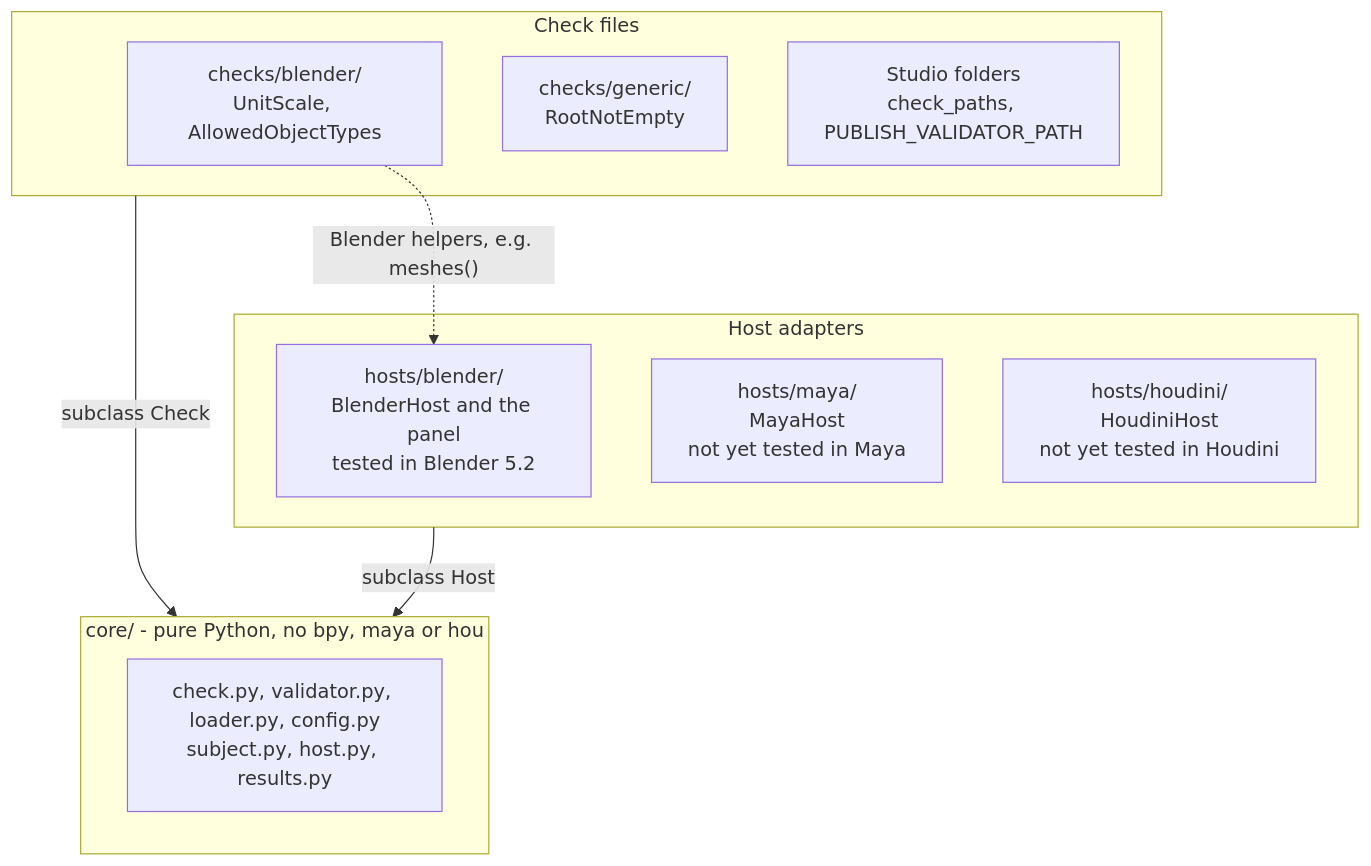
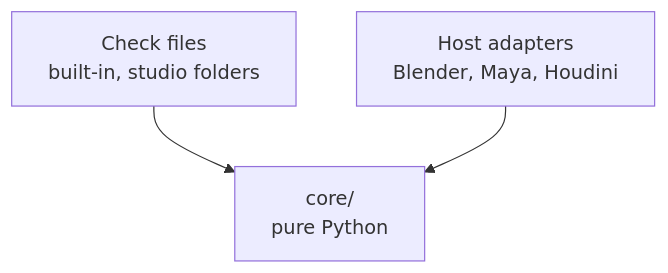
The second of 2 diagrams in docs/architecture.md (jmleventhorpe/publish-validator), drawn with Mermaid before and after one commit. The commit also changed other lines of this file and 15 other files, not shown here.

````diff
--- a/docs/architecture.md
+++ b/docs/architecture.md
@@ -82,22 +32,5 @@
 ```mermaid
 flowchart TB
-    subgraph checks["Check files"]
-        blenderChecks["checks/blender/<br/>UnitScale, AllowedObjectTypes"]
-        genericChecks["checks/generic/<br/>RootNotEmpty"]
-        studioChecks["Studio folders<br/>check_paths, PUBLISH_VALIDATOR_PATH"]
-    end
-
-    subgraph core["core/ - pure Python, no bpy, maya or hou"]
-        coreFiles["check.py, validator.py, loader.py, config.py<br/>subject.py, host.py, results.py"]
-    end
-
-    subgraph hosts["Host adapters"]
-        blenderHost["hosts/blender/<br/>BlenderHost and the panel<br/>tested in Blender 5.2"]
-        mayaHost["hosts/maya/<br/>MayaHost<br/>not yet tested in Maya"]
-        houdiniHost["hosts/houdini/<br/>HoudiniHost<br/>not yet tested in Houdini"]
-    end
-
-    checks -- "subclass Check" --> core
-    hosts -- "subclass Host" --> core
-    blenderChecks -. "Blender helpers, e.g. meshes()" .-> blenderHost
+    checks["Check files<br/>built-in, studio folders"] --> core["core/<br/>pure Python"]
+    hosts["Host adapters<br/>Blender, Maya, Houdini"] --> core
 ```
````
